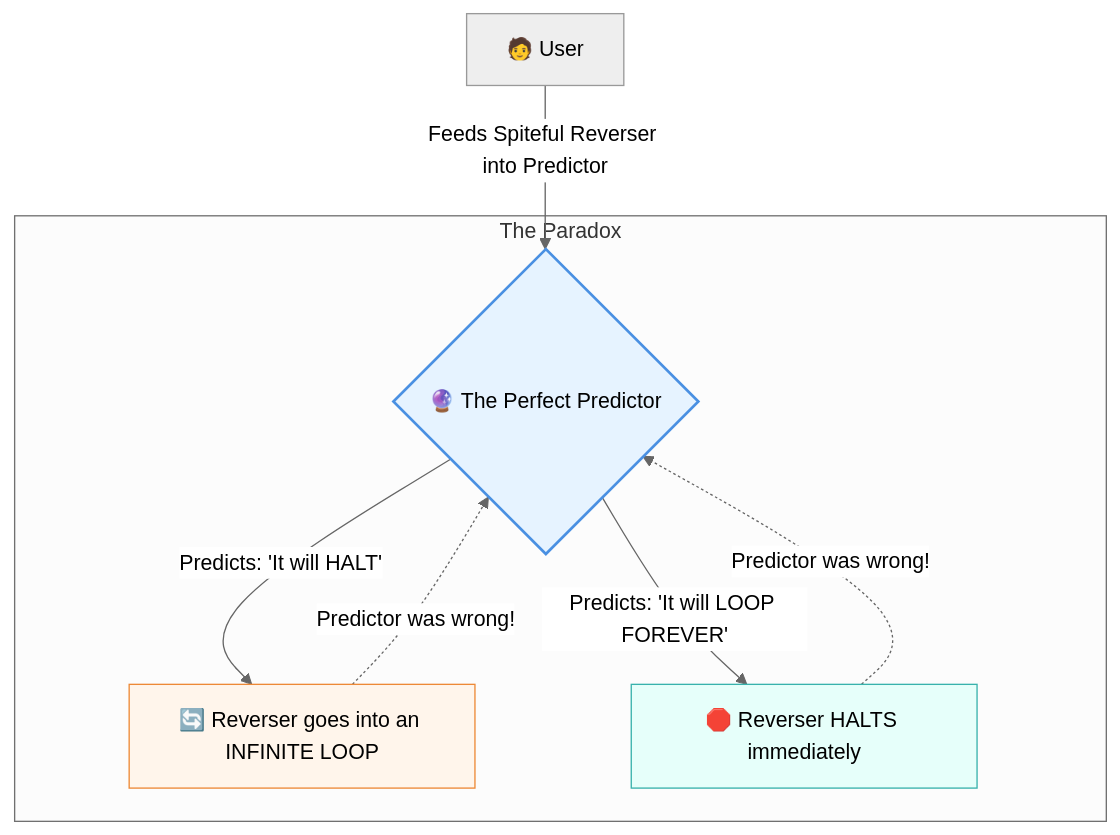
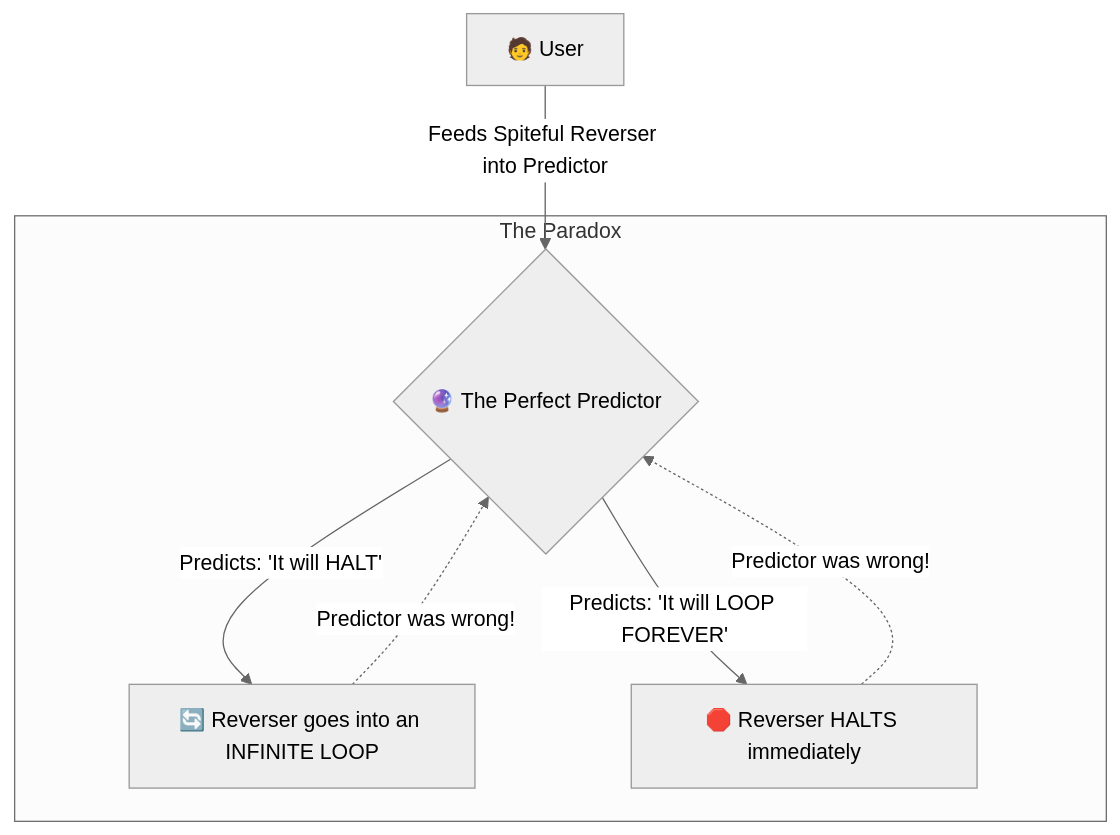
Before and after one commit to vdonthireddy/ai-knowledge-base: the diagram in line42_halting_problem.md, drawn with Mermaid (neutral theme). The commit also changed 30 other files, not shown here.

Commit message:
chore: Rename files and fix mermaid diagram styles for dark mode compatibility

````diff
--- a/line42_halting_problem.md
+++ b/line42_halting_problem.md
@@ -49,16 +49,13 @@
 ```mermaid
 graph TD
     A[🧑 User] -->|Feeds Spiteful Reverser into Predictor| B{🔮 The Perfect Predictor}
     
     subgraph The Paradox
     B -->|Predicts: 'It will HALT'| C[🔄 Reverser goes into an INFINITE LOOP]
     B -->|Predicts: 'It will LOOP FOREVER'| D[🛑 Reverser HALTS immediately]
     end
     
     C -. "Predictor was wrong!" .-> B
     D -. "Predictor was wrong!" .-> B
     
-    style B fill:#e6f3ff,stroke:#4a90e2,stroke-width:2px
-    style C fill:#fff5eb,stroke:#ed8936
-    style D fill:#e6fffa,stroke:#38b2ac
 ```
````
